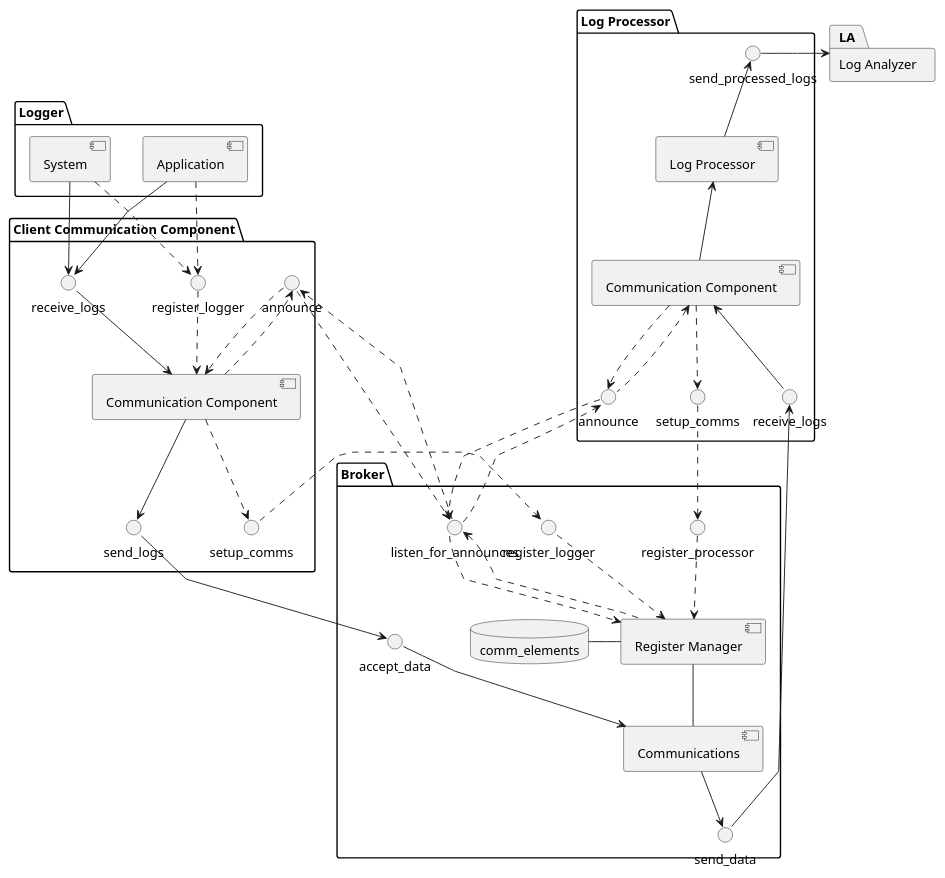
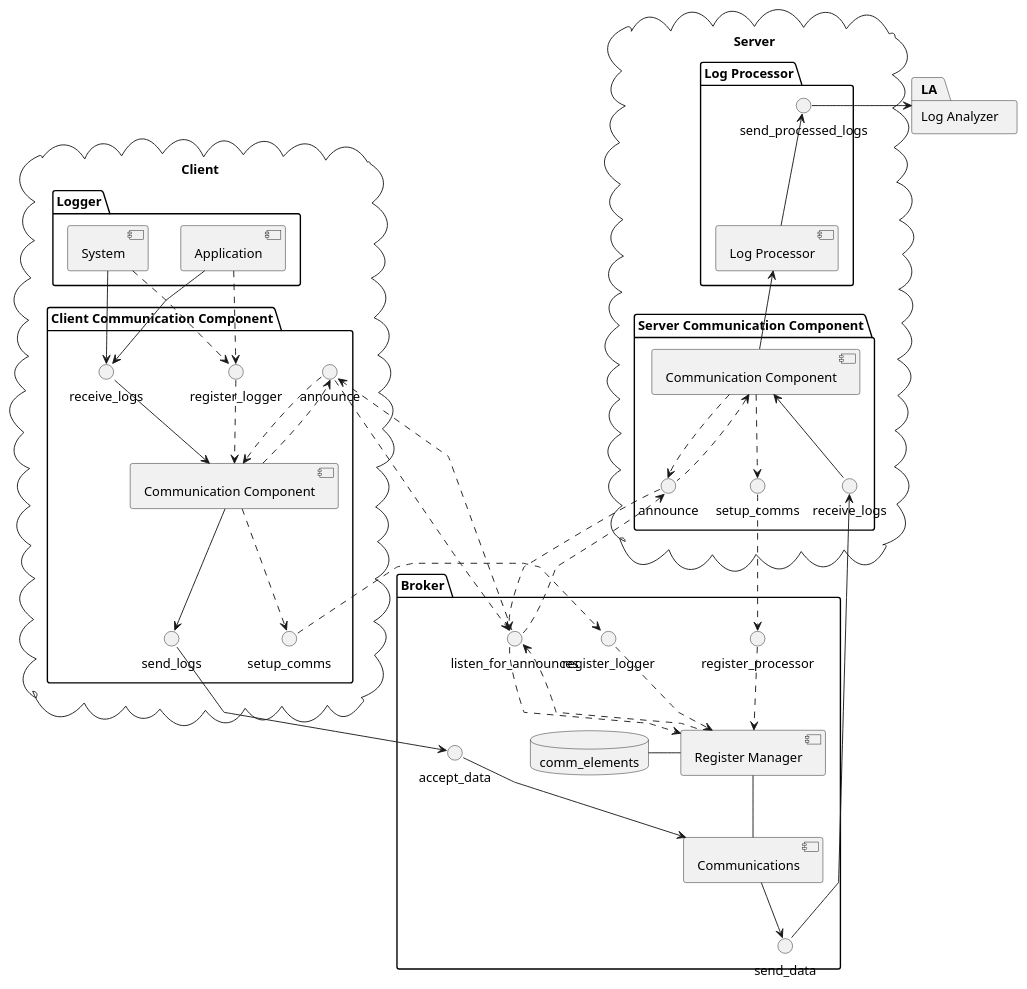
The diagram in estructurales/components_01.puml (jlojosnegros/master_upm_practica_final_arquitectura), drawn with PlantUML before and after one commit.

Commit message:
Minor changes: Just a cloud to show client and server limits.

```diff
--- a/estructurales/components_01.puml
+++ b/estructurales/components_01.puml
@@ -1,103 +1,111 @@
 @startuml
 
 skinparam linetype polyline
 'skinparam linetype ortho
 
 skinparam defaultFontName "Fira Code Retina"
 
+cloud Client {
 package "Logger" {
 
 [Application]
 [System]
 
 }
 
 package "Client Communication Component" as CCC {
 interface register_logger
 interface send_logs
 interface setup_comms
 interface announce
 interface receive_logs
 [Communication Component] as cc
 
 receive_logs -down-> cc
 cc --> send_logs
 
 register_logger ..> cc
 cc .down.> announce
 cc <.up. announce
 cc .down.> setup_comms
 }
-
+}
 package "Broker" {
 interface listen_for_announces
 interface register_logger as b_register_logger
 interface register_processor as b_register_processor
 interface accept_data
 interface send_data
 
 [Register Manager] as rm
 [Communications] as cb
 database comm_elements as db
 
 rm -- cb
 rm -left- db
 
 b_register_logger ..> rm
 b_register_processor ..> rm
 listen_for_announces ..> rm
 listen_for_announces <.. rm
 
 cb --> send_data
 accept_data --> cb
 
 }
 
-package "Log Processor" as LP {
+cloud Server {
+package "Server Communication Component" as SCC {
 
 interface announce as lp_announce
 interface setup_comms as lp_setup_comms
 interface receive_logs as lp_receive_logs
+
+[Communication Component] as lpcc
+}
+
+package "Log Processor" as LP {
+
 interface "send_processed_logs" as lp_send_logs
 
-[Communication Component] as lpcc
+
 [Log Processor] as lp
 
 lp_receive_logs -up-> lpcc
 lpcc -up-> lp
 lp -up-> lp_send_logs
 
 lpcc ..> lp_setup_comms
 lpcc ..> lp_announce
 lpcc <.. lp_announce
 
 
 }
-
+}
 package "Log Analyzer" as LA {
 }
 
 '' Configuration
 [Application] ..> register_logger
 [System] ..> register_logger
 
 announce ..> listen_for_announces
 listen_for_announces ..> announce
 setup_comms ..> b_register_logger
 
 
 lp_announce ..> listen_for_announces
 listen_for_announces ..> lp_announce
 lp_setup_comms ..> b_register_processor
 
 '' Data Path: Apps to client comms
 [Application] --> receive_logs
 [System] --> receive_logs
 
 '' Data Path: client comms to broker
 send_logs --> accept_data
 
 '' Data Path: broker to processors
 send_data -right-> lp_receive_logs
 lp_send_logs -right-> LA
 @enduml
```
